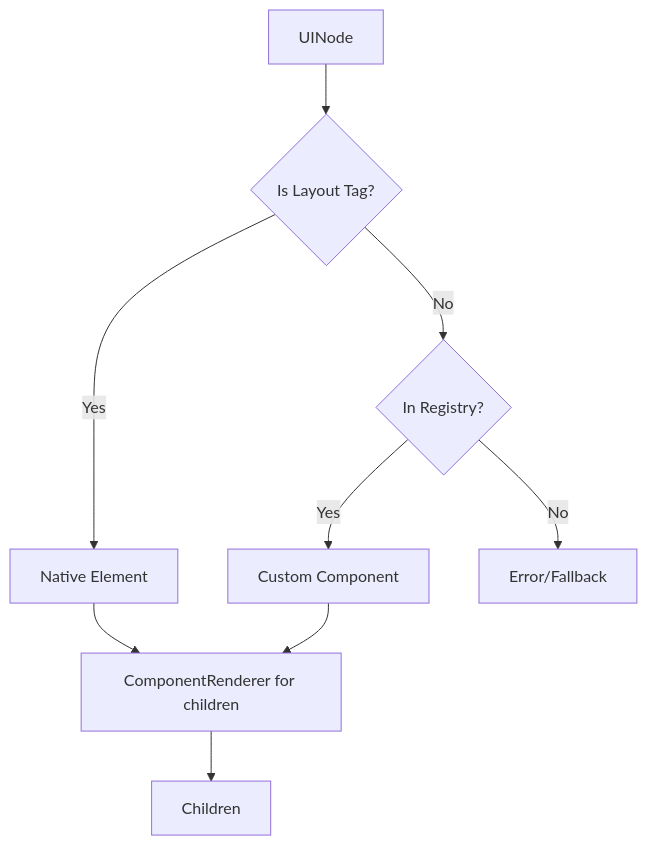
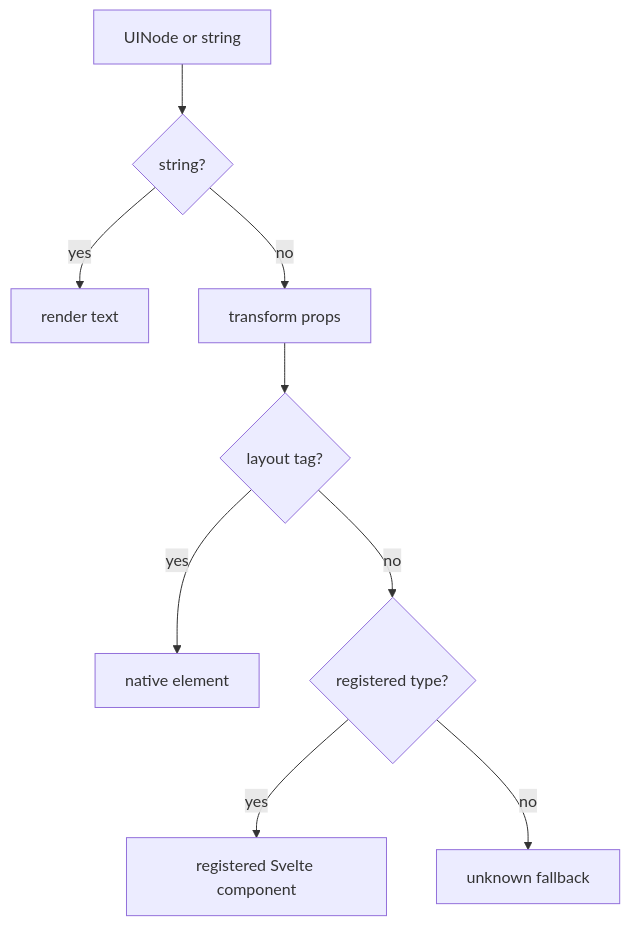
The diagram in .repowiki/en/content/Packages/Host Svelte.md (HuakunShen/uniview), drawn with Mermaid before and after one commit. The commit also changed other lines of this file and 31 other files, not shown here.

````diff
--- a/.repowiki/en/content/Packages/Host Svelte.md
+++ b/.repowiki/en/content/Packages/Host Svelte.md
@@ -85,12 +48,11 @@
 ```mermaid
 graph TD
-    UIN[UINode] --> CR{Is Layout Tag?}
-    CR -->|Yes| NE[Native Element]
-    CR -->|No| RC{In Registry?}
-    RC -->|Yes| CC[Custom Component]
-    RC -->|No| ER[Error/Fallback]
-
-    NE --> CR2[ComponentRenderer for children]
-    CC --> CR2
-    CR2 --> Children
+    Node[UINode or string] --> Text{string?}
+    Text -->|yes| RenderText[render text]
+    Text -->|no| Props[transform props]
+    Props --> Layout{layout tag?}
+    Layout -->|yes| Native[native element]
+    Layout -->|no| Registry{registered type?}
+    Registry -->|yes| Custom[registered Svelte component]
+    Registry -->|no| Unknown[unknown fallback]
 ```
````
